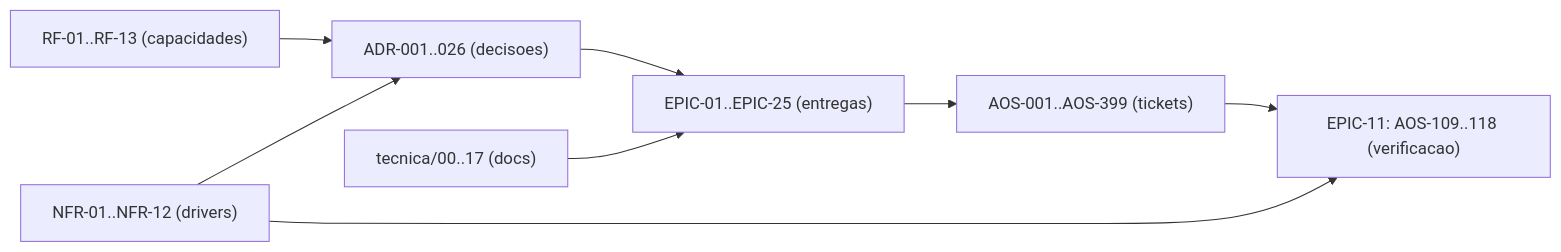
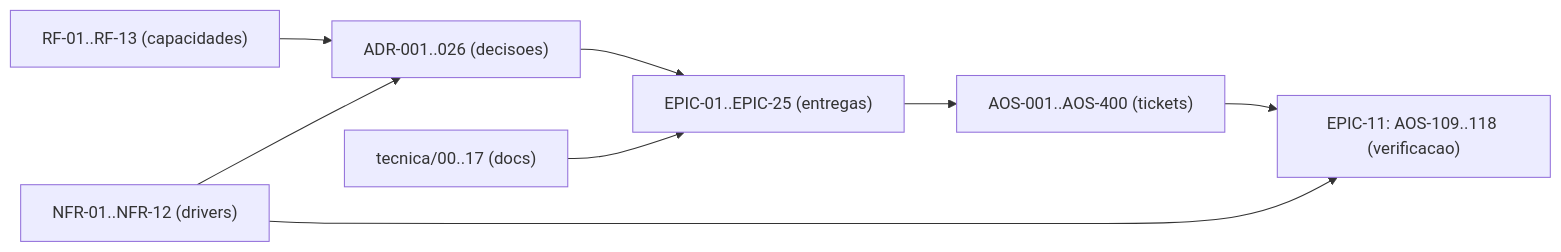
One commit to albinoJimy/aos changed the diagram in tecnica/16_Rastreabilidade_RTM.md. Above: the diagram before and after it, drawn with Mermaid. The commit also changed other lines of this file and 2 other files, not shown here.

First line of the commit message:
docs(AOS-395,AOS-400): selo do planeador verificado em produção e ticket para o schema do prompt (#307)

````diff
--- a/tecnica/16_Rastreabilidade_RTM.md
+++ b/tecnica/16_Rastreabilidade_RTM.md
@@ -185,10 +185,10 @@
 ```mermaid
 flowchart LR
     RF["RF-01..RF-13 (capacidades)"] --> ADR["ADR-001..026 (decisoes)"]
     NFR["NFR-01..NFR-12 (drivers)"] --> ADR
     ADR --> EPIC["EPIC-01..EPIC-25 (entregas)"]
-    EPIC --> TICK["AOS-001..AOS-399 (tickets)"]
+    EPIC --> TICK["AOS-001..AOS-400 (tickets)"]
     DOC["tecnica/00..17 (docs)"] --> EPIC
     TICK --> TEST["EPIC-11: AOS-109..118 (verificacao)"]
     NFR --> TEST
 ```
````
